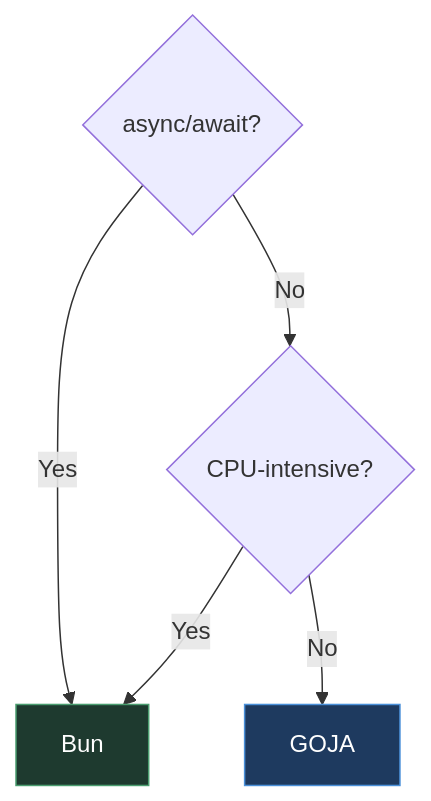
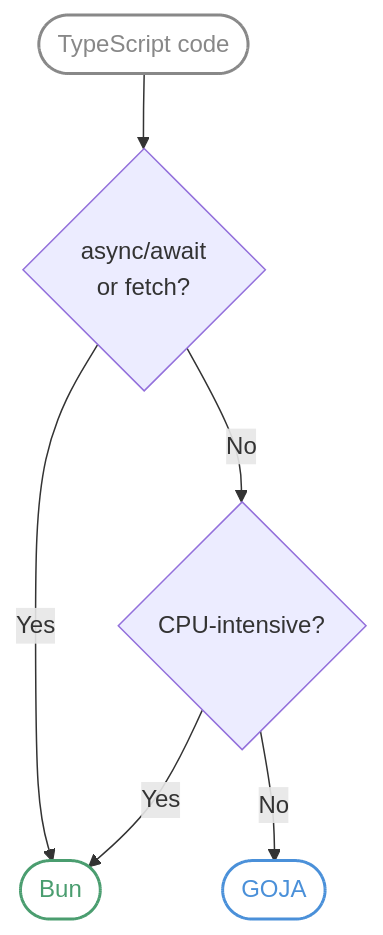
The second of 2 diagrams in README.md (koltyakov/tsgo), drawn with Mermaid before and after one commit. The commit also changed other lines of this file, not shown here.

Commit message:
feat: update diagram styles and labels in README for clarity

````diff
--- a/README.md
+++ b/README.md
@@ -165,13 +165,16 @@
 ```mermaid
 flowchart TD
-    A{async/await?} -->|Yes| Bun
+    Start([TypeScript code]) --> A{async/await<br/>or fetch?}
+    A -->|Yes| Bun([Bun])
     A -->|No| B{CPU-intensive?}
     B -->|Yes| Bun
-    B -->|No| GOJA
+    B -->|No| GOJA([GOJA])
 
+    Start:::entry
     GOJA:::goja
     Bun:::bun
 
-    classDef goja fill:#1e3a5f,stroke:#4a90d9,color:#fff
-    classDef bun   fill:#1e3a2f,stroke:#4a9d6f,color:#fff
+    classDef entry fill:transparent,stroke:#888,stroke-width:2px,color:#888
+    classDef goja  fill:transparent,stroke:#4a90d9,stroke-width:2px,color:#4a90d9
+    classDef bun   fill:transparent,stroke:#4a9d6f,stroke-width:2px,color:#4a9d6f
 ```
````
